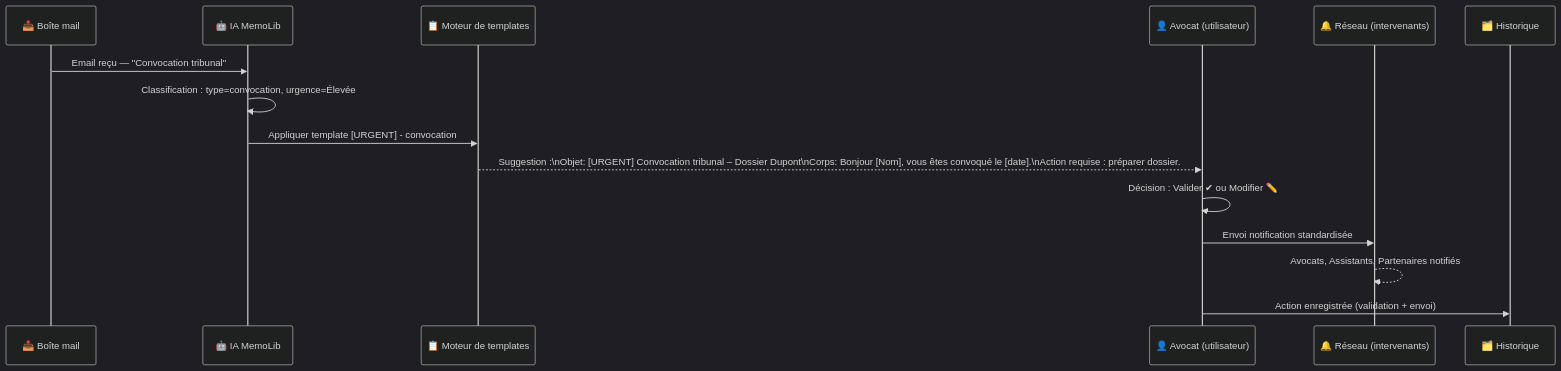
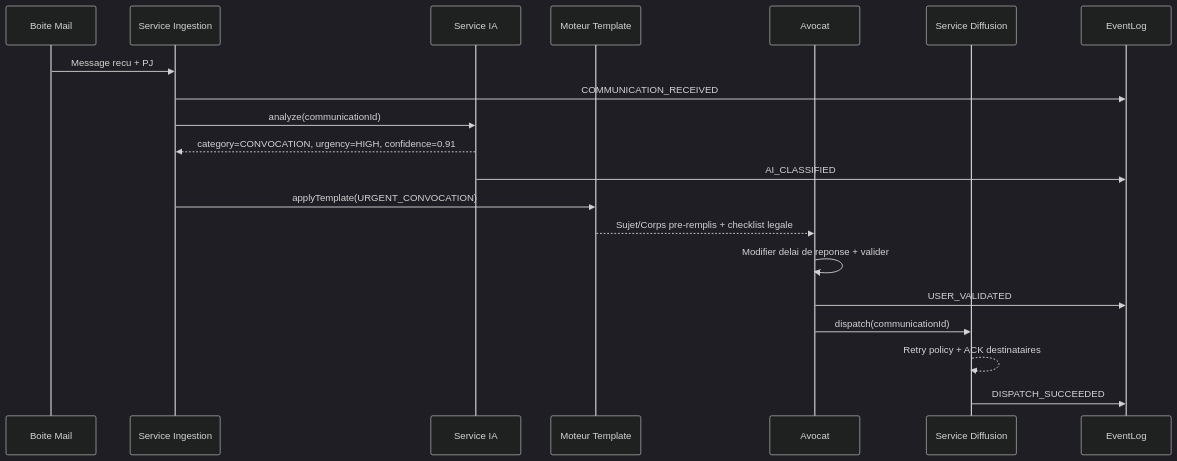
Before and after one commit to mobby57/memoLib: the fourth of 4 diagrams in docs/WORKFLOW_COMMUNICATION.md, drawn with Mermaid (dark theme). The commit also changed other lines of this file and 6 other files, not shown here.

````diff
--- a/docs/WORKFLOW_COMMUNICATION.md
+++ b/docs/WORKFLOW_COMMUNICATION.md
@@ -88,18 +344,23 @@
 ```mermaid
 sequenceDiagram
-    participant Boîte as 📥 Boîte mail
-    participant IA as 🤖 IA MemoLib
-    participant Template as 📋 Moteur de templates
-    participant Avocat as 👤 Avocat (utilisateur)
-    participant Réseau as 🔔 Réseau (intervenants)
-    participant Historique as 🗂️ Historique
+    participant Inbox as Boite Mail
+    participant Ingest as Service Ingestion
+    participant AI as Service IA
+    participant Tpl as Moteur Template
+    participant User as Avocat
+    participant Dispatch as Service Diffusion
+    participant Log as EventLog
 
-    Boîte->>IA: Email reçu — "Convocation tribunal"
-    IA->>IA: Classification : type=convocation, urgence=Élevée
-    IA->>Template: Appliquer template [URGENT] - convocation
-    Template-->>Avocat: Suggestion :\nObjet: [URGENT] Convocation tribunal – Dossier Dupont\nCorps: Bonjour [Nom], vous êtes convoqué le [date].\nAction requise : préparer dossier.
-    Avocat->>Avocat: Décision : Valider ✔ ou Modifier ✏️
-    Avocat->>Réseau: Envoi notification standardisée
-    Réseau-->>Réseau: Avocats, Assistants, Partenaires notifiés
-    Avocat->>Historique: Action enregistrée (validation + envoi)
+    Inbox->>Ingest: Message recu + PJ
+    Ingest->>Log: COMMUNICATION_RECEIVED
+    Ingest->>AI: analyze(communicationId)
+    AI-->>Ingest: category=CONVOCATION, urgency=HIGH, confidence=0.91
+    AI->>Log: AI_CLASSIFIED
+    Ingest->>Tpl: applyTemplate(URGENT_CONVOCATION)
+    Tpl-->>User: Sujet/Corps pre-remplis + checklist legale
+    User->>User: Modifier delai de reponse + valider
+    User->>Log: USER_VALIDATED
+    User->>Dispatch: dispatch(communicationId)
+    Dispatch-->>Dispatch: Retry policy + ACK destinataires
+    Dispatch->>Log: DISPATCH_SUCCEEDED
 ```
````
